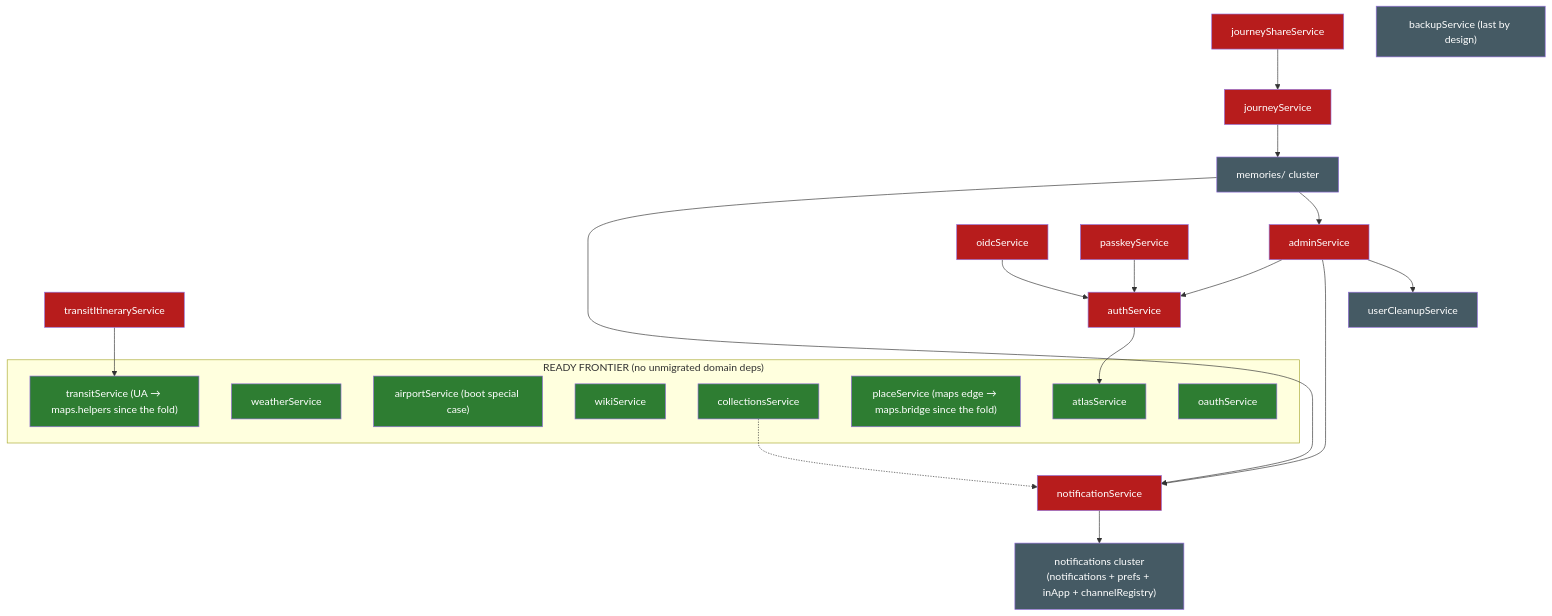
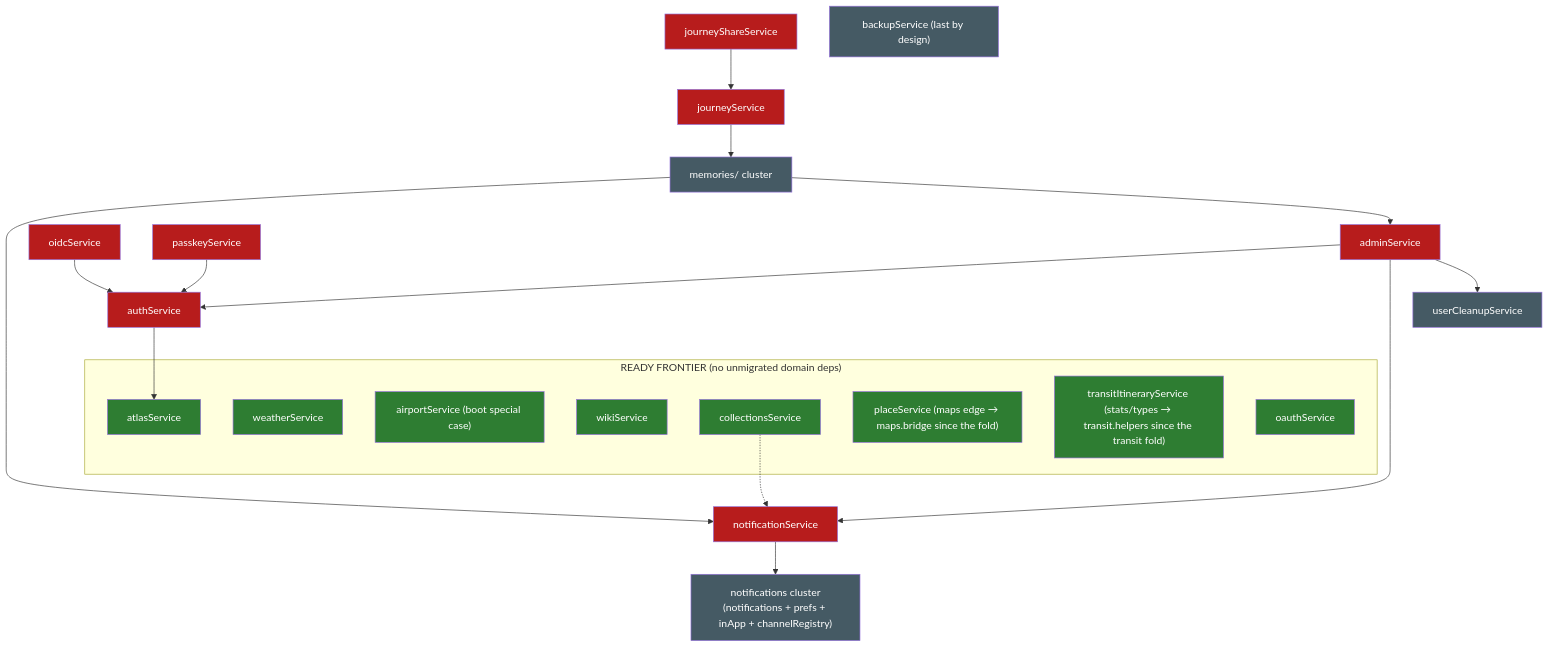
The diagram in migration-graph.md (BeInLife/TREK), drawn with Mermaid before and after one commit. The commit also changed other lines of this file, not shown here.

Commit message:
docs: regenerate the legacy-services dependency graph after the transit fold

````diff
--- a/migration-graph.md
+++ b/migration-graph.md
@@ -95,42 +112,40 @@
 ```mermaid
 flowchart TD
   classDef ready fill:#2e7d32,color:#fff
   classDef blocked fill:#b71c1c,color:#fff
   classDef hub fill:#e65100,color:#fff
   classDef infra fill:#455a64,color:#fff
 
   subgraph frontier["READY FRONTIER (no unmigrated domain deps)"]
     atlas[atlasService]:::ready
     weather[weatherService]:::ready
     airport["airportService (boot special case)"]:::ready
     wiki[wikiService]:::ready
     collections[collectionsService]:::ready
     place["placeService (maps edge → maps.bridge since the fold)"]:::ready
-    transit["transitService (UA → maps.helpers since the fold)"]:::ready
+    transitItin["transitItineraryService (stats/types → transit.helpers since the transit fold)"]:::ready
     oauth[oauthService]:::ready
   end
 
   notifSvc[notificationService]:::blocked
-  transitItin[transitItineraryService]:::blocked
   admin[adminService]:::blocked
   auth[authService]:::blocked
   oidc[oidcService]:::blocked
   passkey[passkeyService]:::blocked
   journey[journeyService]:::blocked
   journeyShare[journeyShareService]:::blocked
   backup["backupService (last by design)"]:::infra
   notifCluster["notifications cluster<br/>(notifications + prefs + inApp + channelRegistry)"]:::infra
   memories["memories/ cluster"]:::infra
   cleanup[userCleanupService]:::infra
 
   collections -.-> notifSvc
-  transitItin --> transit
   notifSvc --> notifCluster
   admin --> auth & notifSvc & cleanup
   auth --> atlas
   oidc --> auth
   passkey --> auth
   journey --> memories
   journeyShare --> journey
   memories --> notifSvc & admin
 ```
````
